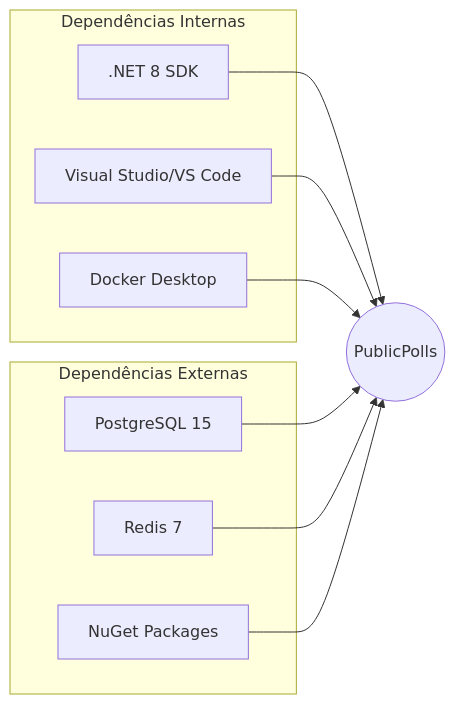
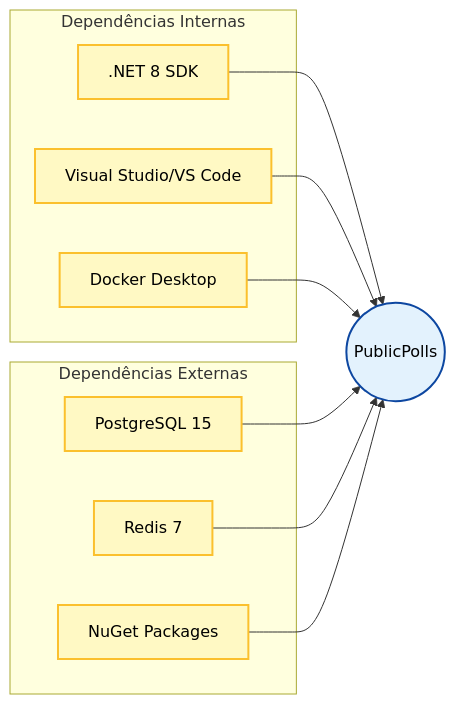
Before and after one commit to gabrigabs/public-polls-app: the sixth of 6 diagrams in docs/01-visao-geral.md, drawn with Mermaid. The commit also changed other lines of this file and 6 other files, not shown here.

Commit message:
docs: standardize and improve mermaid diagrams readability

````diff
--- a/docs/01-visao-geral.md
+++ b/docs/01-visao-geral.md
@@ -228,21 +237,27 @@
 ```mermaid
 graph LR
     subgraph "Dependências Internas"
         D1[.NET 8 SDK]
         D2[Visual Studio/VS Code]
         D3[Docker Desktop]
     end
 
     subgraph "Dependências Externas"
         D4[PostgreSQL 15]
         D5[Redis 7]
         D6[NuGet Packages]
     end
 
     D1 --> Sistema((PublicPolls))
     D2 --> Sistema
     D3 --> Sistema
     D4 --> Sistema
     D5 --> Sistema
     D6 --> Sistema
+
+    classDef system fill:#e3f2fd,stroke:#0d47a1,color:#000,stroke-width:2px;
+    classDef dep fill:#fff9c4,stroke:#fbc02d,color:#000,stroke-width:2px;
+
+    class Sistema system;
+    class D1,D2,D3,D4,D5,D6 dep;
 ```
````
